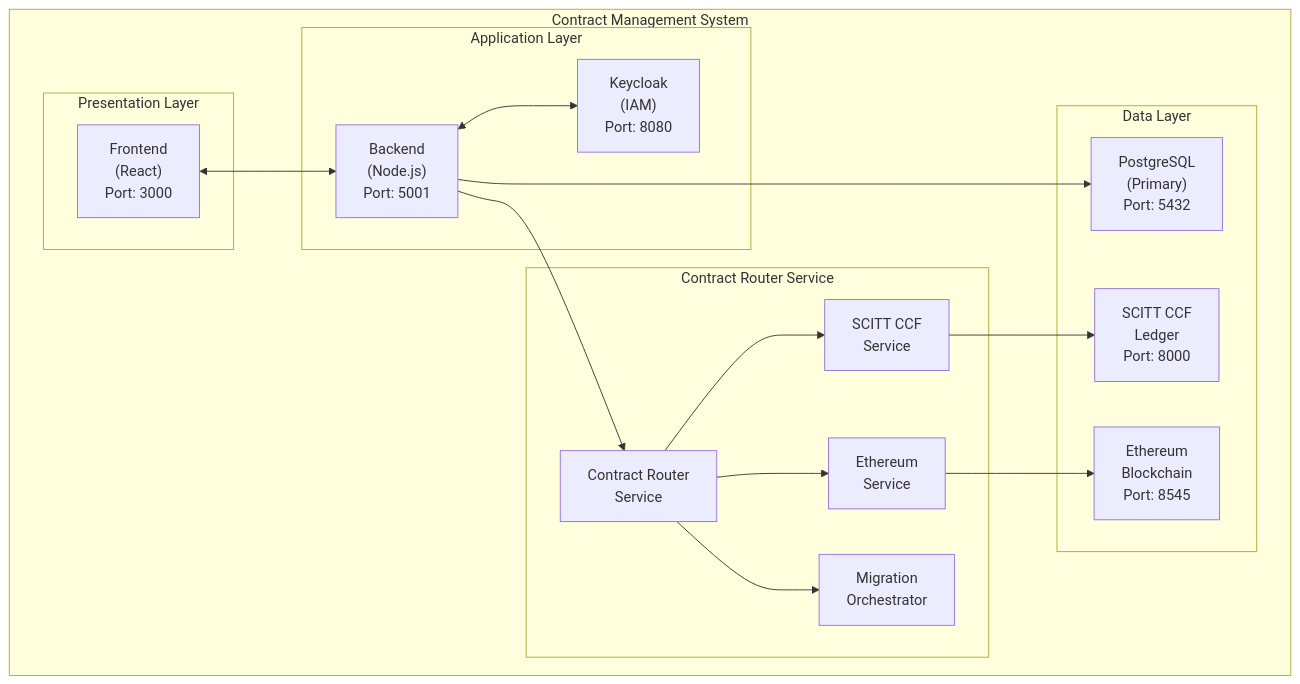
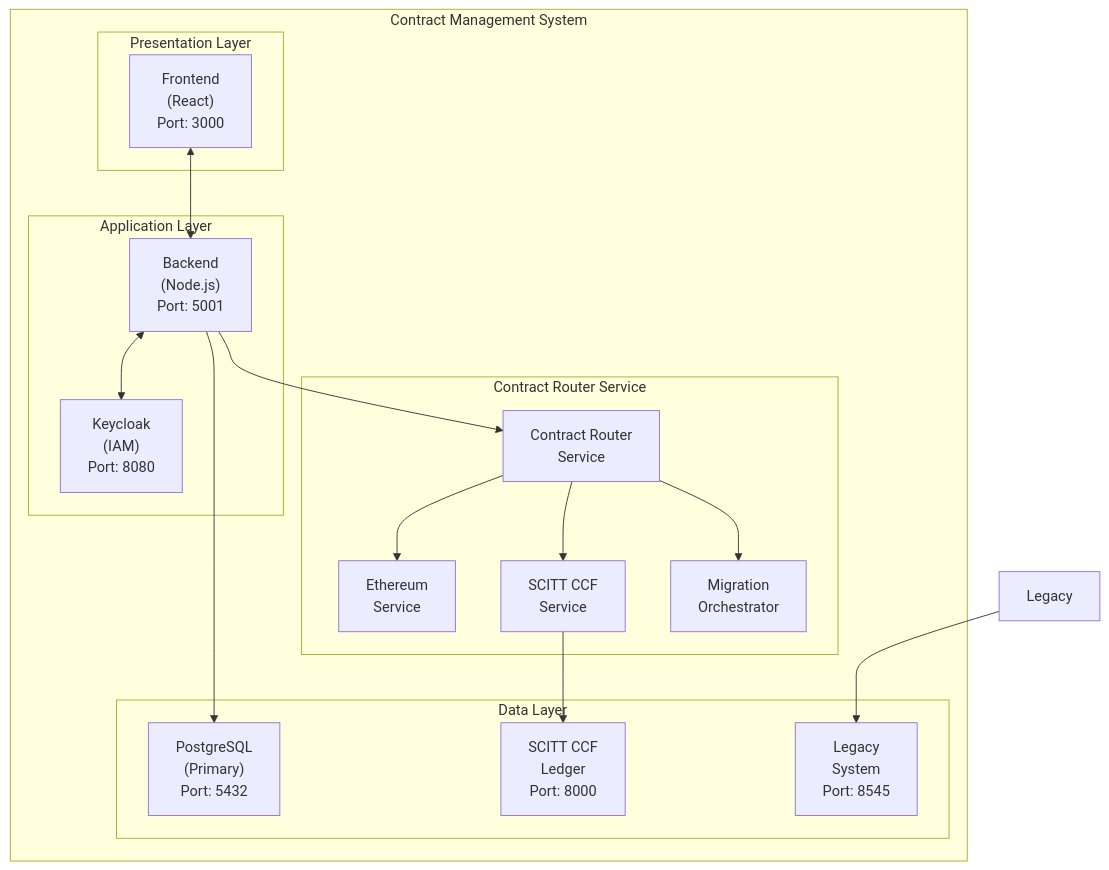
Before and after one commit to gitmujoshi/Confidential-AI-Network: the first of 15 diagrams in docs/ARCHITECTURE.md, drawn with Mermaid. The commit also changed other lines of this file and 3 other files, not shown here.

````diff
--- a/docs/ARCHITECTURE.md
+++ b/docs/ARCHITECTURE.md
@@ -25,36 +25,36 @@
 ```mermaid
 graph TB
     subgraph "Contract Management System"
         subgraph "Presentation Layer"
             Frontend["Frontend<br/>(React)<br/>Port: 3000"]
         end
         
         subgraph "Application Layer"
             Backend["Backend<br/>(Node.js)<br/>Port: 5001"]
             Keycloak["Keycloak<br/>(IAM)<br/>Port: 8080"]
         end
         
         subgraph "Contract Router Service"
             Router["Contract Router<br/>Service"]
             Ethereum["Ethereum<br/>Service"]
             SCITT["SCITT CCF<br/>Service"]
             Migration["Migration<br/>Orchestrator"]
         end
         
         subgraph "Data Layer"
             PostgreSQL["PostgreSQL<br/>(Primary)<br/>Port: 5432"]
             SCITTLedger["SCITT CCF<br/>Ledger<br/>Port: 8000"]
-            Blockchain["Ethereum<br/>Blockchain<br/>Port: 8545"]
+            LegacySystem["Legacy<br/>System<br/>Port: 8545"]
         end
     end
     
     Frontend <--> Backend
     Backend <--> Keycloak
     Backend --> Router
     Router --> Ethereum
     Router --> SCITT
     Router --> Migration
     Backend --> PostgreSQL
     SCITT --> SCITTLedger
-    Ethereum --> Blockchain
+    Legacy --> LegacySystem
 ```
````
